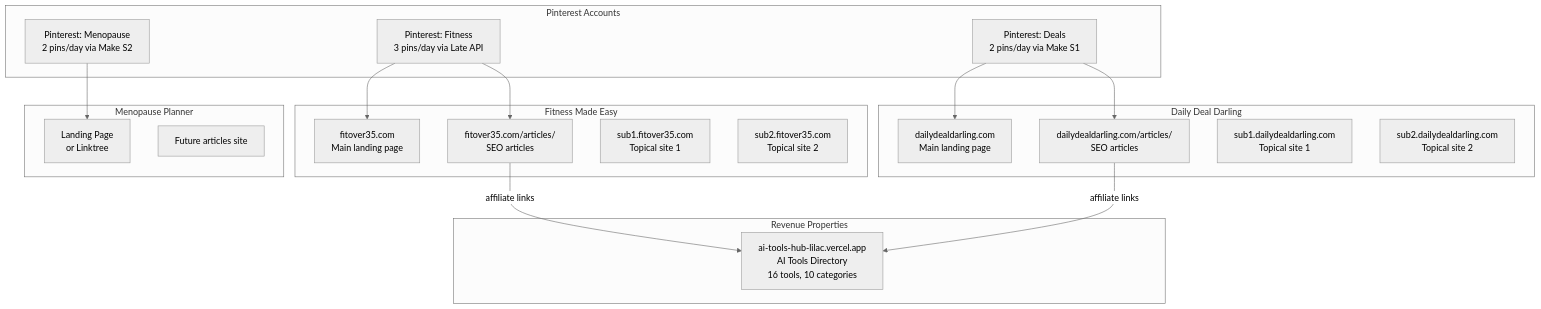
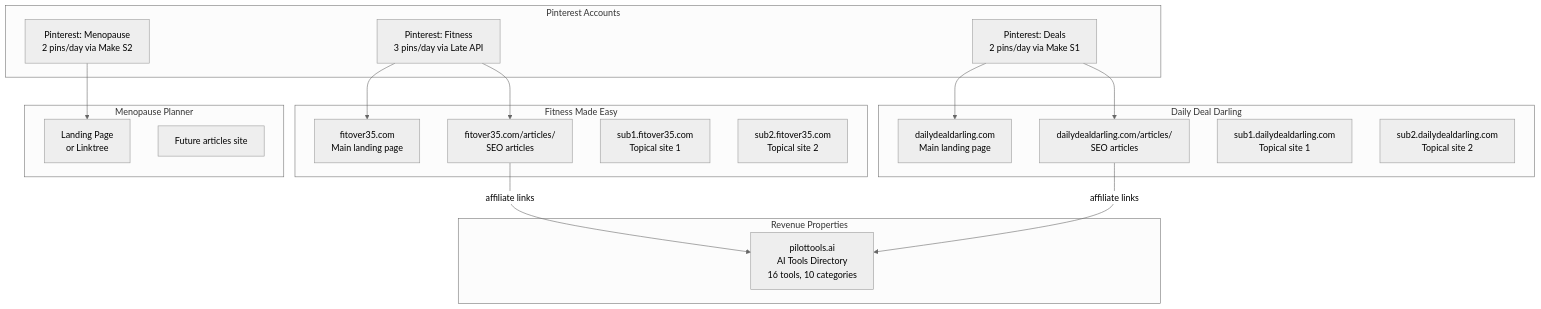
One commit to talhahbilal1-arch/social-media-empire changed the fifth of 5 diagrams in outputs/documentation/system_architecture.md. Above: the diagram before and after it, drawn with Mermaid (neutral theme). The commit also changed other lines of this file and 23 other files, not shown here.

````diff
--- a/outputs/documentation/system_architecture.md
+++ b/outputs/documentation/system_architecture.md
@@ -468,40 +468,40 @@
 ```mermaid
 flowchart TB
     subgraph "Fitness Made Easy"
         FIT_MAIN[fitover35.com\nMain landing page]
         FIT_ART[fitover35.com/articles/\nSEO articles]
         FIT_SUB1[sub1.fitover35.com\nTopical site 1]
         FIT_SUB2[sub2.fitover35.com\nTopical site 2]
     end
 
     subgraph "Daily Deal Darling"
         DDD_MAIN[dailydealdarling.com\nMain landing page]
         DDD_ART[dailydealdarling.com/articles/\nSEO articles]
         DDD_SUB1[sub1.dailydealdarling.com\nTopical site 1]
         DDD_SUB2[sub2.dailydealdarling.com\nTopical site 2]
     end
 
     subgraph "Menopause Planner"
         MENO_MAIN[Landing Page\nor Linktree]
         MENO_ART[Future articles site]
     end
 
     subgraph "Revenue Properties"
-        TOOL_HUB[ai-tools-hub-lilac.vercel.app\nAI Tools Directory\n16 tools, 10 categories]
+        TOOL_HUB[pilottools.ai\nAI Tools Directory\n16 tools, 10 categories]
     end
 
     subgraph "Pinterest Accounts"
         PINT_FIT[Pinterest: Fitness\n3 pins/day via Late API]
         PINT_DDD[Pinterest: Deals\n2 pins/day via Make S1]
         PINT_MENO[Pinterest: Menopause\n2 pins/day via Make S2]
     end
 
     PINT_FIT --> FIT_MAIN
     PINT_FIT --> FIT_ART
     PINT_DDD --> DDD_MAIN
     PINT_DDD --> DDD_ART
     PINT_MENO --> MENO_MAIN
 
     FIT_ART --> |affiliate links| TOOL_HUB
     DDD_ART --> |affiliate links| TOOL_HUB
 ```
````
